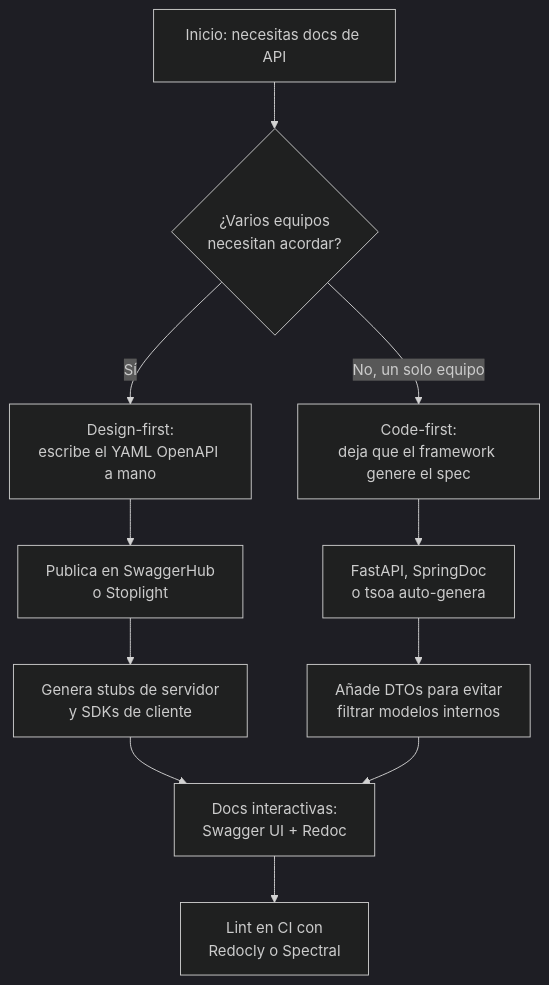
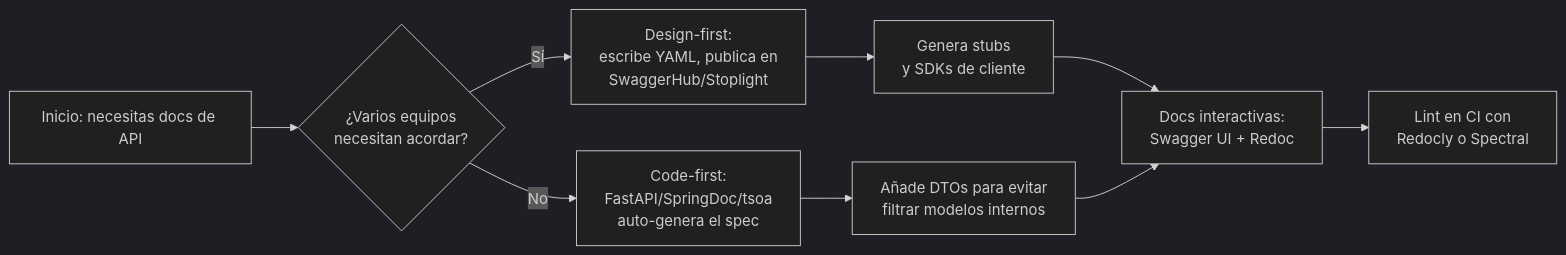
The diagram in src/content/recipes/api/api-documentation-openapi.es.md (MathiasPaulenko/stack-practices-web), drawn with Mermaid (dark theme) before and after one commit. The commit also changed other lines of this file and 4 other files, not shown here.

````diff
--- a/src/content/recipes/api/api-documentation-openapi.es.md
+++ b/src/content/recipes/api/api-documentation-openapi.es.md
@@ -106,13 +106,11 @@
 ```mermaid
-flowchart TD
+flowchart LR
     A["Inicio: necesitas docs de API"] --> B{"¿Varios equipos<br/>necesitan acordar?"}
-    B -->|Sí| C["Design-first:<br/>escribe el YAML OpenAPI a mano"]
-    B -->|No, un solo equipo| D["Code-first:<br/>deja que el framework genere el spec"]
-    C --> E["Publica en SwaggerHub<br/>o Stoplight"]
-    E --> F["Genera stubs de servidor<br/>y SDKs de cliente"]
-    D --> G["FastAPI, SpringDoc<br/>o tsoa auto-genera"]
-    G --> H["Añade DTOs para evitar<br/>filtrar modelos internos"]
-    F --> I["Docs interactivas:<br/>Swagger UI + Redoc"]
-    H --> I
-    I --> J["Lint en CI con<br/>Redocly o Spectral"]
+    B -->|Sí| C["Design-first:<br/>escribe YAML, publica en<br/>SwaggerHub/Stoplight"]
+    B -->|No| D["Code-first:<br/>FastAPI/SpringDoc/tsoa<br/>auto-genera el spec"]
+    C --> E["Genera stubs<br/>y SDKs de cliente"]
+    D --> F["Añade DTOs para evitar<br/>filtrar modelos internos"]
+    E --> G["Docs interactivas:<br/>Swagger UI + Redoc"]
+    F --> G
+    G --> H["Lint en CI con<br/>Redocly o Spectral"]
 ```
````
